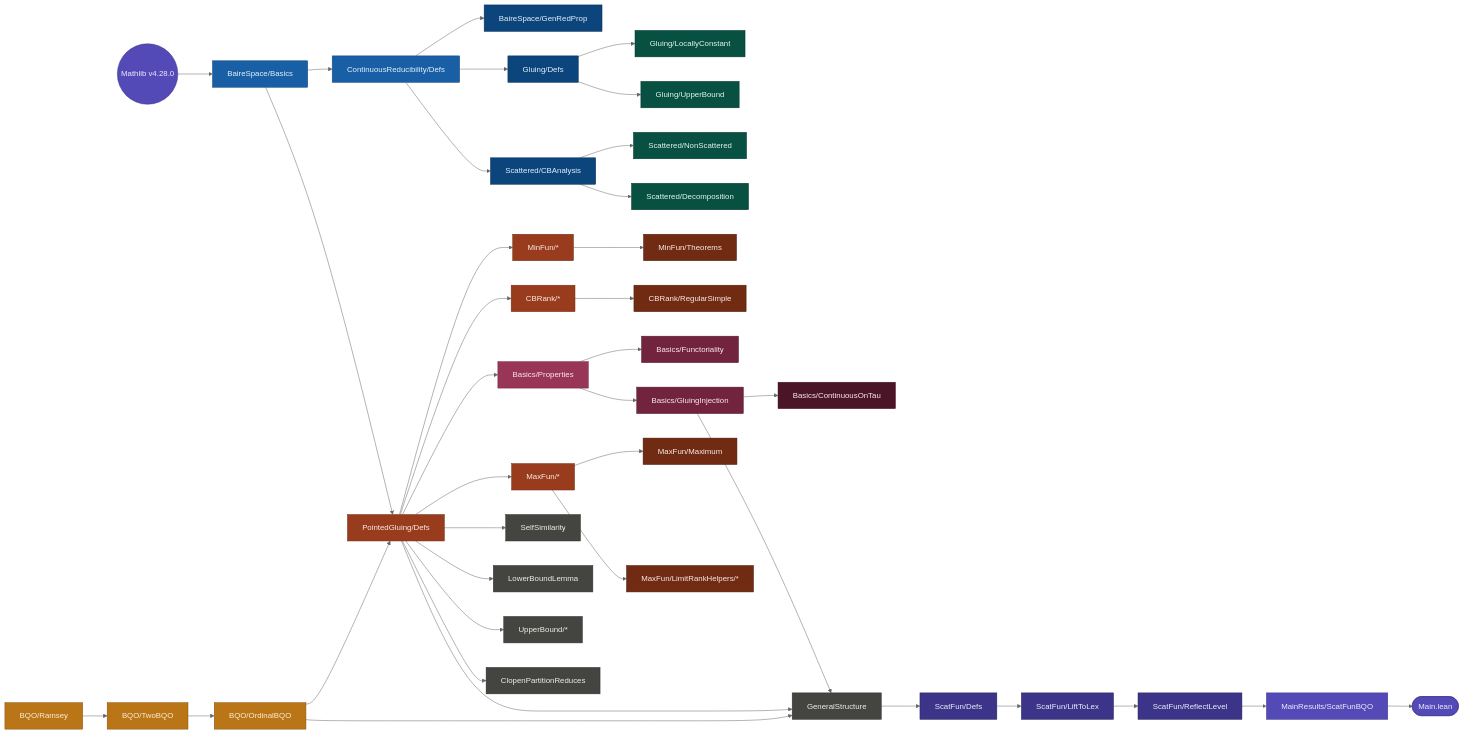
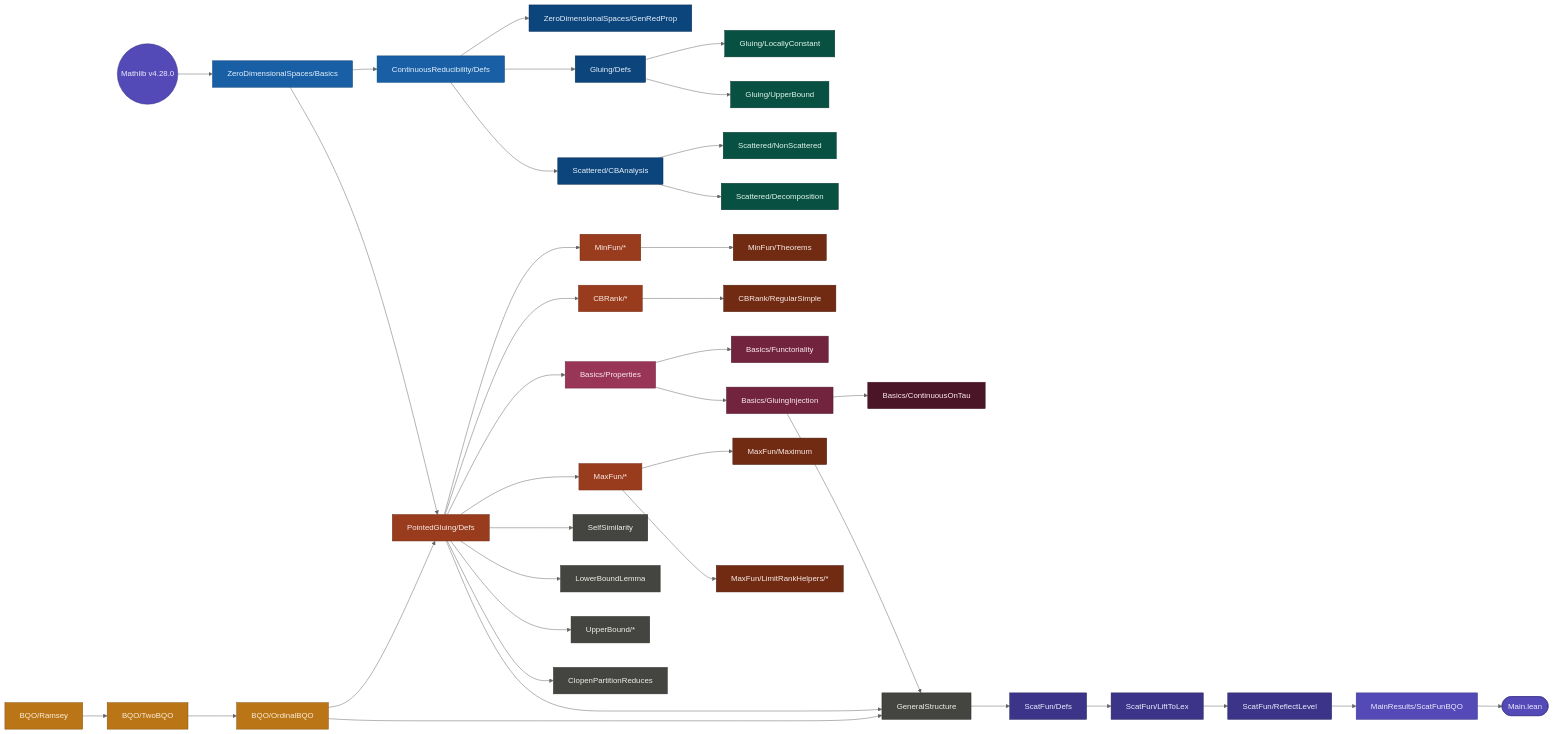
One commit to yannpequignot/lean-wqo-continuous-functions changed the second of 2 diagrams in STRUCTURE.md. Above: the diagram before and after it, drawn with Mermaid (neutral theme). The commit also changed other lines of this file and 59 other files, not shown here.

````diff
--- a/STRUCTURE.md
+++ b/STRUCTURE.md
@@ -95,10 +105,10 @@
 ```mermaid
 flowchart LR
     MB((Mathlib v4.28.0))
-    MB --> BSB[BaireSpace/Basics]
+    MB --> BSB[ZeroDimensionalSpaces/Basics]
 
     BSB --> CRD[ContinuousReducibility/Defs]
-    CRD --> BSGRP[BaireSpace/GenRedProp]
+    CRD --> BSGRP[ZeroDimensionalSpaces/GenRedProp]
     CRD --> GD[Gluing/Defs]
     CRD --> SCBA[Scattered/CBAnalysis]
 
````
